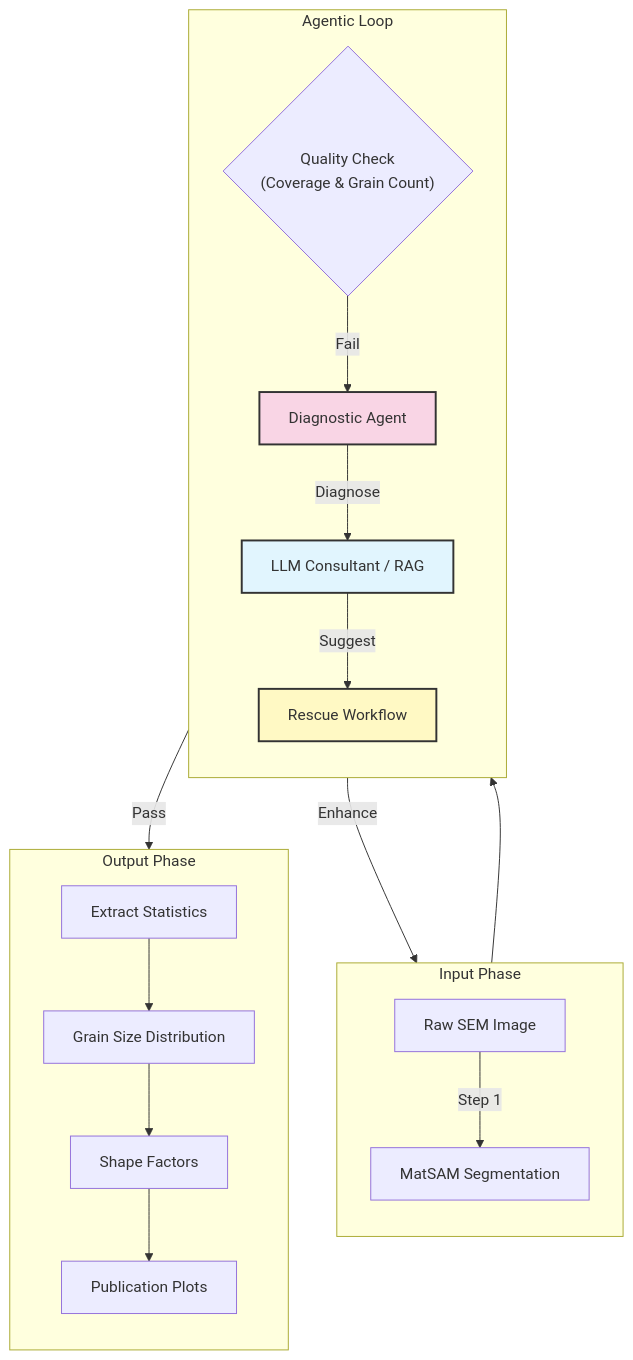
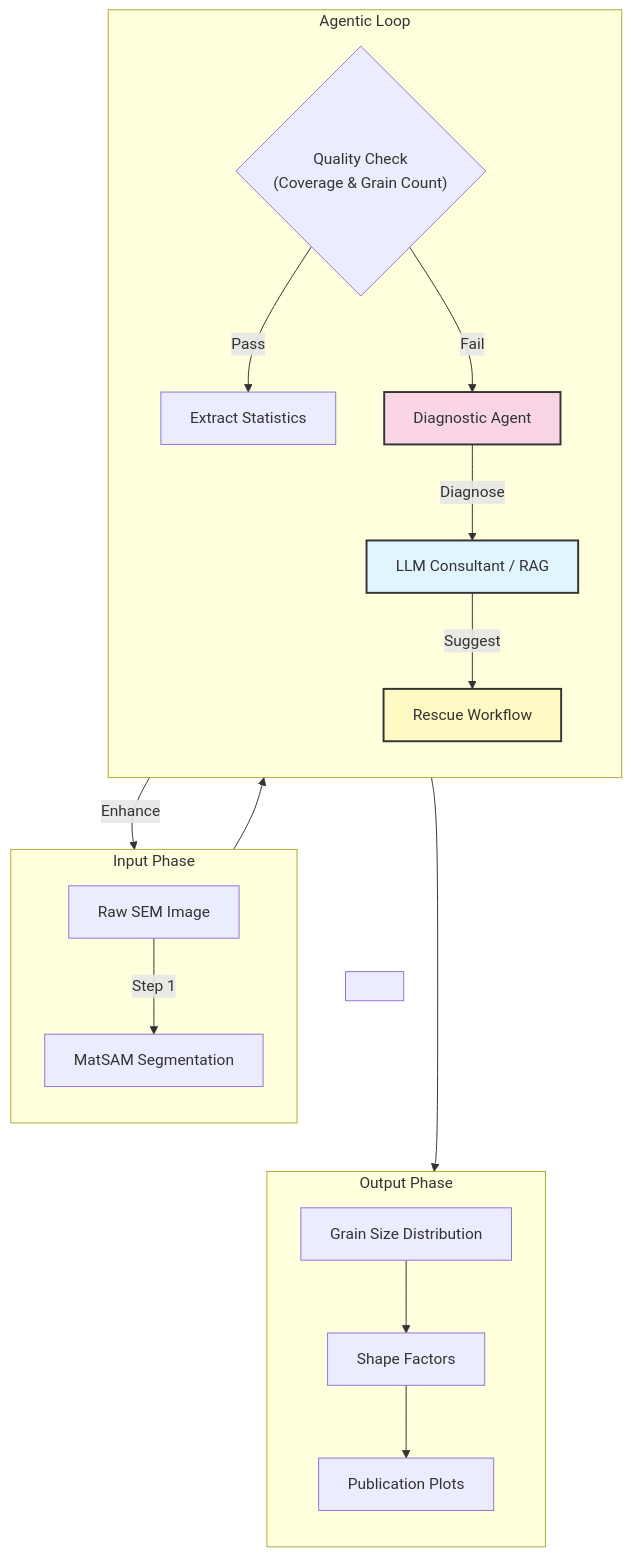
The diagram in README.md (AliBaghizadeh/sem-image--agent-segmentation), drawn with Mermaid before and after one commit.

Commit message:
Add invisible spacer to align Output Phase higher in flowchart

````diff
--- a/README.md
+++ b/README.md
@@ -103,33 +103,40 @@
 ```mermaid
 graph TD
     %% Main Pipeline Flow
     subgraph "Input Phase"
     direction TB
     A[Raw SEM Image] -->|Step 1| B[MatSAM Segmentation]
     end
 
     subgraph "Agentic Loop"
     direction TB
     B --> C{"Quality Check<br/>(Coverage & Grain Count)"}
     
+    %% Success Path (Left Side)
+    C -->|Pass| D[Extract Statistics]
+    
     %% Failure Path (Right Side)
     C -->|Fail| E[Diagnostic Agent]
     E -->|Diagnose| F[LLM Consultant / RAG]
     F -->|Suggest| G[Rescue Workflow]
     G -->|Enhance| B
     end
 
+    %% Create invisible spacer to align Output Phase higher
+    E ~~~ SPACER1[ ]
+    
     subgraph "Output Phase"
     direction TB
-    %% Success Path (Left Side)
-    C -->|Pass| D[Extract Statistics]
     D --> H[Grain Size Distribution]
     H --> I[Shape Factors]
     I --> J[Publication Plots]
     end
+    
+    %% Align Output Phase with Diagnostic Agent level
+    SPACER1 ~~~ H
     
     %% Styles
     style E fill:#f9d5e5,stroke:#333,stroke-width:2px
     style F fill:#e1f5fe,stroke:#333,stroke-width:2px
     style G fill:#fff9c4,stroke:#333,stroke-width:2px
 ```
````
